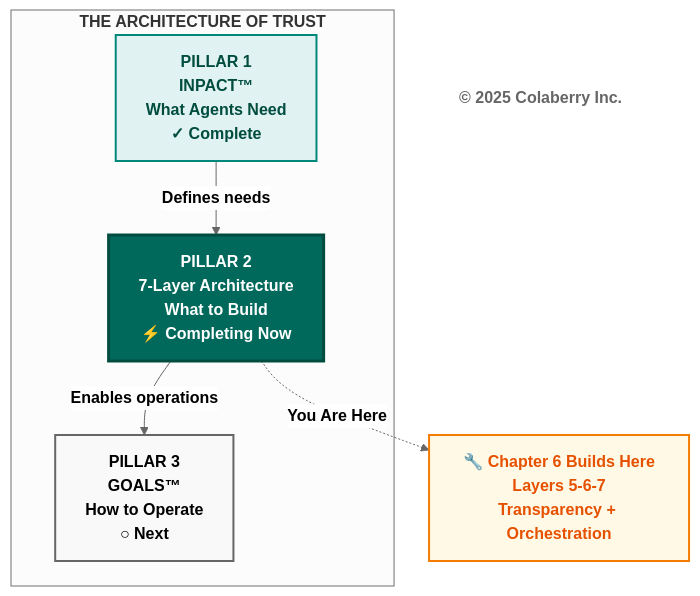
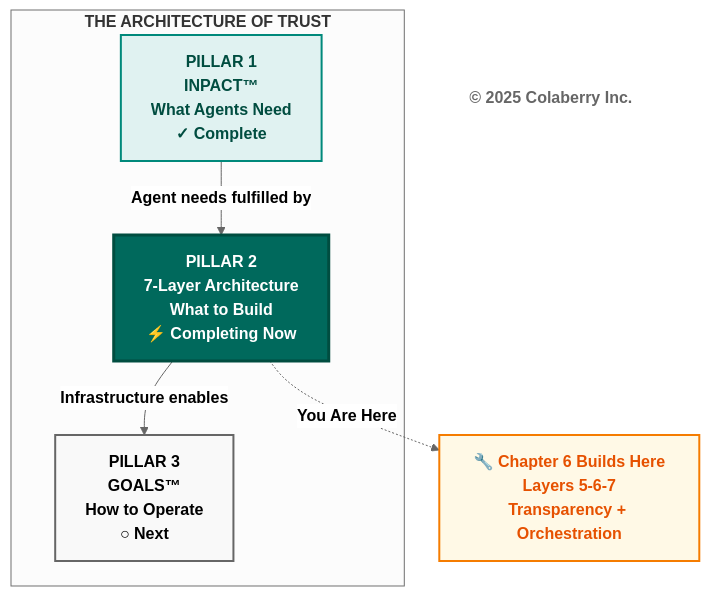
Before and after one commit to saitejesh-cyber/trust-before-intelligence-book: the first of 13 diagrams in manuscript/chapter_6_transparency_orchestration_layers_v1_8.md, drawn with Mermaid (neutral theme). The commit also changed other lines of this file, not shown here.

First line of the commit message:
Updated chapter 6 with better diagrams

````diff
--- a/manuscript/chapter_6_transparency_orchestration_layers_v1_8.md
+++ b/manuscript/chapter_6_transparency_orchestration_layers_v1_8.md
@@ -31,22 +31,22 @@
 ```mermaid
 graph TB
     subgraph "<b>THE ARCHITECTURE OF TRUST</b>"
         P1["<b>PILLAR 1</b><br/><b>INPACT™</b><br/><b>What Agents Need</b><br/><b>✓ Complete</b>"]
         P2["<b>PILLAR 2</b><br/><b>7-Layer Architecture</b><br/><b>What to Build</b><br/><b>⚡ Completing Now</b>"]
         P3["<b>PILLAR 3</b><br/><b>GOALS™</b><br/><b>How to Operate</b><br/><b>○ Next</b>"]
     end
     
     BUILD["<b>🔧 Chapter 6 Builds Here</b><br/><b>Layers 5-6-7</b><br/><b>Transparency + Orchestration</b>"]
     
     Copyright["<b>© 2025 Colaberry Inc.</b>"]
     
-    P1 -->|<b>Defines needs</b>| P2
-    P2 -->|<b>Enables operations</b>| P3
+    P1 -->|<b>Agent needs fulfilled by</b>| P2
+    P2 -->|<b>Infrastructure enables</b>| P3
     P2 -.->|<b>You Are Here</b>| BUILD
     
     style P1 fill:#e0f2f1,stroke:#00897b,stroke-width:2px,color:#004d40
     style P2 fill:#00695c,color:#ffffff,stroke:#004d40,stroke-width:3px
     style P3 fill:#f9f9f9,stroke:#666666,stroke-width:2px,color:#000000
     style BUILD fill:#fff9e6,stroke:#f57c00,stroke-width:2px,color:#e65100
     style Copyright fill:#ffffff,stroke:none,color:#666666
 ```
````
